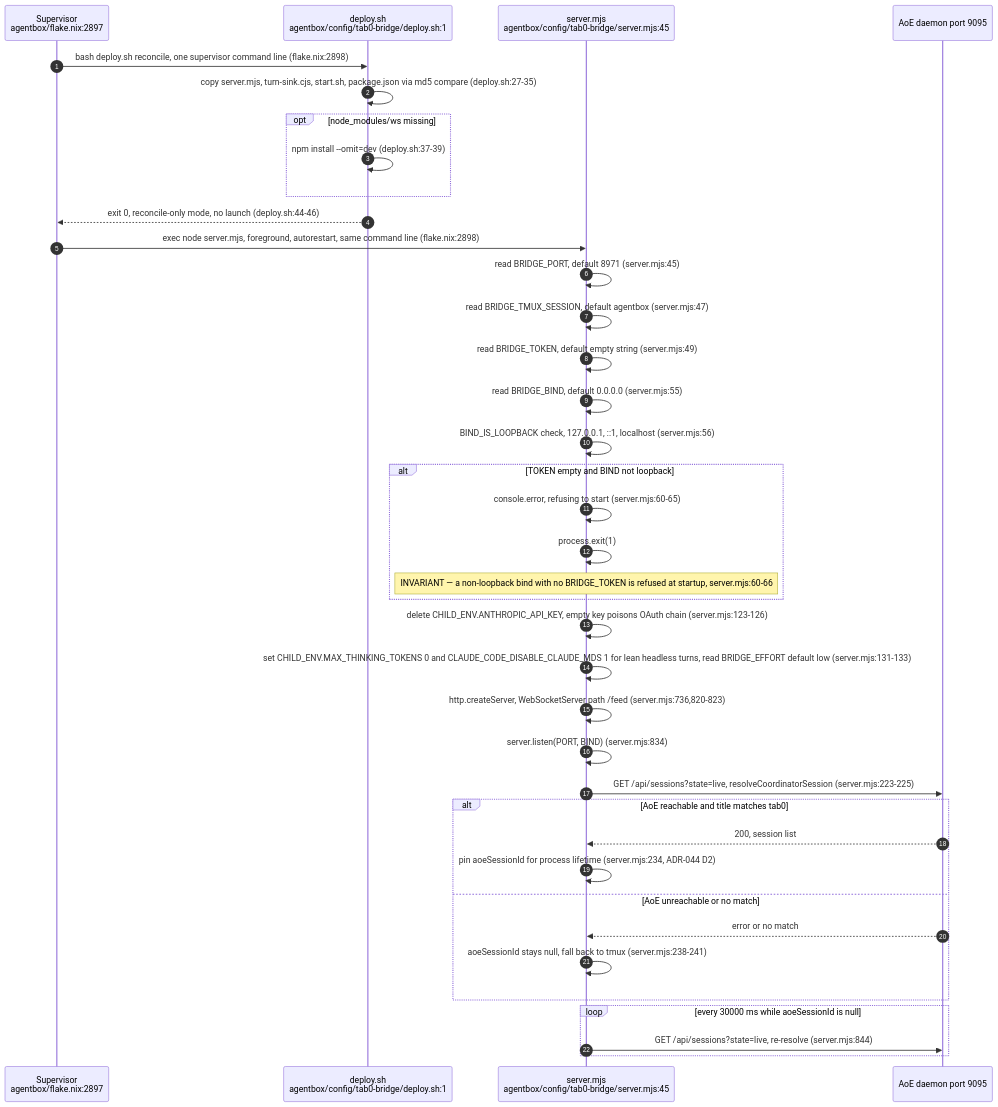
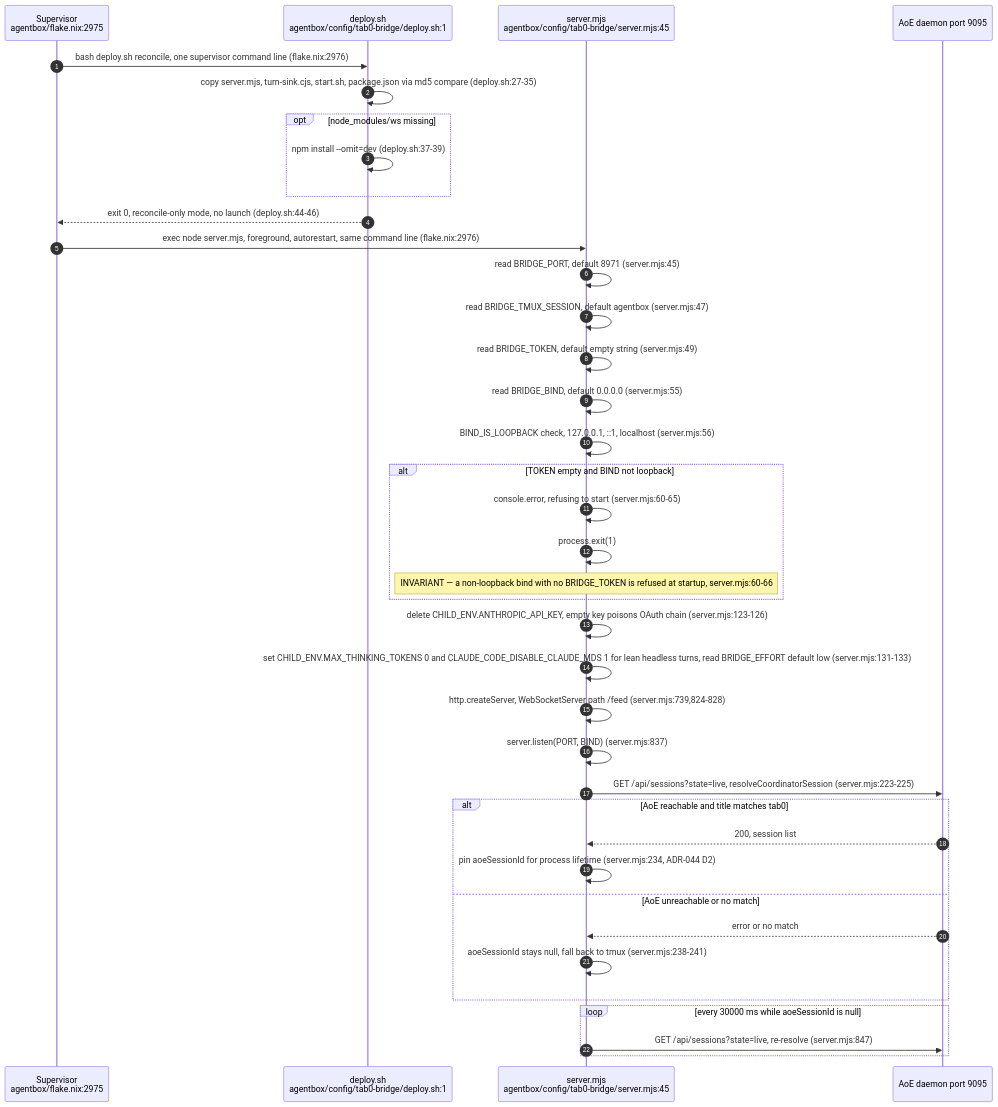
Before and after one commit to DreamLab-AI/VisionFlow: the first of 12 diagrams in docs/diagrams/agentbox/12-tab0-bridge-and-interaction-plane.md, drawn with Mermaid. The commit also changed other lines of this file and 160 other files, not shown here.

````diff
--- a/docs/diagrams/agentbox/12-tab0-bridge-and-interaction-plane.md
+++ b/docs/diagrams/agentbox/12-tab0-bridge-and-interaction-plane.md
@@ -34,41 +42,41 @@
 ```mermaid
 sequenceDiagram
     autonumber
-    participant Sup as Supervisor<br/>agentbox/flake.nix:2897
+    participant Sup as Supervisor<br/>agentbox/flake.nix:2975
     participant Dep as deploy.sh<br/>agentbox/config/tab0-bridge/deploy.sh:1
     participant Node as server.mjs<br/>agentbox/config/tab0-bridge/server.mjs:45
     participant AoEd as AoE daemon port 9095
 
-    Sup->>Dep: bash deploy.sh reconcile, one supervisor command line (flake.nix:2898)
+    Sup->>Dep: bash deploy.sh reconcile, one supervisor command line (flake.nix:2976)
     Dep->>Dep: copy server.mjs, turn-sink.cjs, start.sh, package.json via md5 compare (deploy.sh:27-35)
     opt node_modules/ws missing
         Dep->>Dep: npm install --omit=dev (deploy.sh:37-39)
     end
     Dep-->>Sup: exit 0, reconcile-only mode, no launch (deploy.sh:44-46)
-    Sup->>Node: exec node server.mjs, foreground, autorestart, same command line (flake.nix:2898)
+    Sup->>Node: exec node server.mjs, foreground, autorestart, same command line (flake.nix:2976)
     Node->>Node: read BRIDGE_PORT, default 8971 (server.mjs:45)
     Node->>Node: read BRIDGE_TMUX_SESSION, default agentbox (server.mjs:47)
     Node->>Node: read BRIDGE_TOKEN, default empty string (server.mjs:49)
     Node->>Node: read BRIDGE_BIND, default 0.0.0.0 (server.mjs:55)
     Node->>Node: BIND_IS_LOOPBACK check, 127.0.0.1, ::1, localhost (server.mjs:56)
     alt TOKEN empty and BIND not loopback
         Node->>Node: console.error, refusing to start (server.mjs:60-65)
         Node->>Node: process.exit(1)
         Note over Node: INVARIANT — a non-loopback bind with no BRIDGE_TOKEN is refused at startup, server.mjs:60-66
     end
     Node->>Node: delete CHILD_ENV.ANTHROPIC_API_KEY, empty key poisons OAuth chain (server.mjs:123-126)
     Node->>Node: set CHILD_ENV.MAX_THINKING_TOKENS 0 and CLAUDE_CODE_DISABLE_CLAUDE_MDS 1 for lean headless turns, read BRIDGE_EFFORT default low (server.mjs:131-133)
-    Node->>Node: http.createServer, WebSocketServer path /feed (server.mjs:736,820-823)
-    Node->>Node: server.listen(PORT, BIND) (server.mjs:834)
+    Node->>Node: http.createServer, WebSocketServer path /feed (server.mjs:739,824-828)
+    Node->>Node: server.listen(PORT, BIND) (server.mjs:837)
     Node->>AoEd: GET /api/sessions?state=live, resolveCoordinatorSession (server.mjs:223-225)
     alt AoE reachable and title matches tab0
         AoEd-->>Node: 200, session list
         Node->>Node: pin aoeSessionId for process lifetime (server.mjs:234, ADR-044 D2)
     else AoE unreachable or no match
         AoEd-->>Node: error or no match
         Node->>Node: aoeSessionId stays null, fall back to tmux (server.mjs:238-241)
     end
     loop every 30000 ms while aoeSessionId is null
-        Node->>AoEd: GET /api/sessions?state=live, re-resolve (server.mjs:844)
+        Node->>AoEd: GET /api/sessions?state=live, re-resolve (server.mjs:847)
     end
 ```
````
